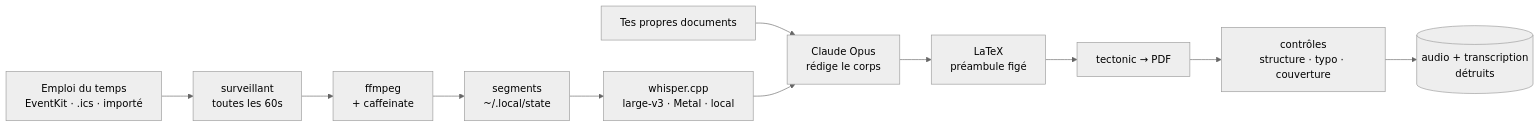
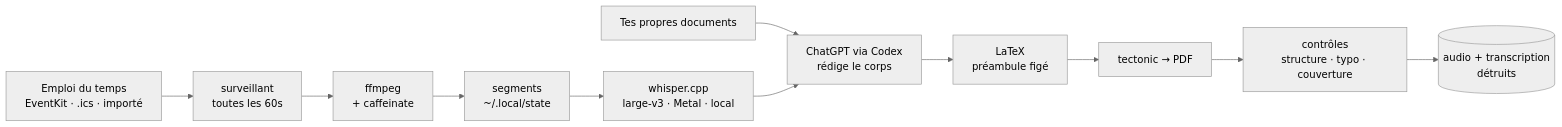
The diagram in README.fr.md (IssaSkn/kispybyManceff), drawn with Mermaid (neutral theme) before and after one commit. The commit also changed other lines of this file and 9 other files, not shown here.

First line of the commit message:
Migrate Kispy from Claude to ChatGPT via OpenAI Codex

````diff
--- a/README.fr.md
+++ b/README.fr.md
@@ -298,13 +301,13 @@
 ```mermaid
 flowchart LR
     CAL[Emploi du temps<br/>EventKit · .ics · importé] --> W[surveillant<br/>toutes les 60s]
     W --> REC[ffmpeg<br/>+ caffeinate]
     REC --> SEG[segments<br/>~/.local/state]
     SEG --> WH[whisper.cpp<br/>large-v3 · Metal · local]
     DOC[Tes propres documents] --> SYN
-    WH --> SYN[Claude Opus<br/>rédige le corps]
+    WH --> SYN[ChatGPT via Codex<br/>rédige le corps]
     SYN --> TEX[LaTeX<br/>préambule figé]
     TEX --> PDF[tectonic → PDF]
     PDF --> AUD[contrôles<br/>structure · typo · couverture]
     AUD --> SHRED[(audio + transcription<br/>détruits)]
 ```
````
